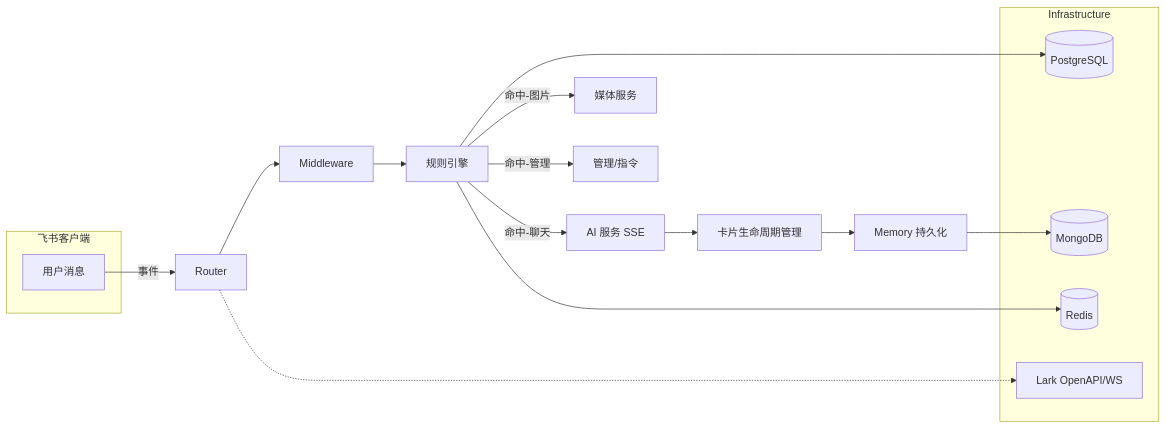
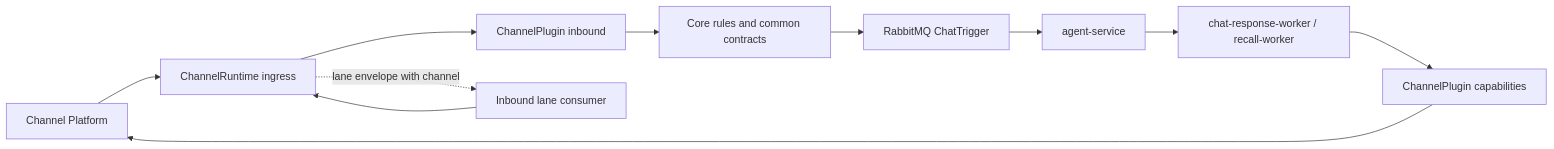
Before and after one commit to bezhai/chiwei-platform: the first of 2 diagrams in apps/channel-server/README.md, drawn with Mermaid. The commit also changed other lines of this file and 114 other files, not shown here.

First line of the commit message:
refactor: pluginize channel proxy lark flow (#248)

````diff
--- a/apps/channel-server/README.md
+++ b/apps/channel-server/README.md
@@ -23,28 +51,14 @@
 ```mermaid
 flowchart LR
-  subgraph Client[飞书客户端]
-    U[用户消息]
-  end
+  Platform[Channel Platform] --> Runtime[ChannelRuntime ingress]
+  Runtime --> PluginInbound[ChannelPlugin inbound]
+  PluginInbound --> Core[Core rules and common contracts]
+  Core --> MQ[RabbitMQ ChatTrigger]
+  MQ --> Agent[agent-service]
+  Agent --> OutboundWorker[chat-response-worker / recall-worker]
+  OutboundWorker --> Cap[ChannelPlugin capabilities]
+  Cap --> Platform
 
-  U -->|事件| R[Router]
-  R --> MW[Middleware]
-  MW --> RE[规则引擎]
-  RE -->|命中-聊天| AI[AI 服务 SSE]
-  RE -->|命中-图片| Media[媒体服务]
-  RE -->|命中-管理| Admin[管理/指令]
-
-  AI --> Card[卡片生命周期管理]
-  Card --> Store[Memory 持久化]
-
-  subgraph Infra[Infrastructure]
-    DB[(PostgreSQL)]
-    MG[(MongoDB)]
-    RD[(Redis)]
-    LarkSDK[Lark OpenAPI/WS]
-  end
-
-  R -.-> LarkSDK
-  RE --> DB
-  RE --> RD
-  Store --> MG
+  Runtime -. lane envelope with channel .-> Lane[Inbound lane consumer]
+  Lane --> Runtime
 ```
````
